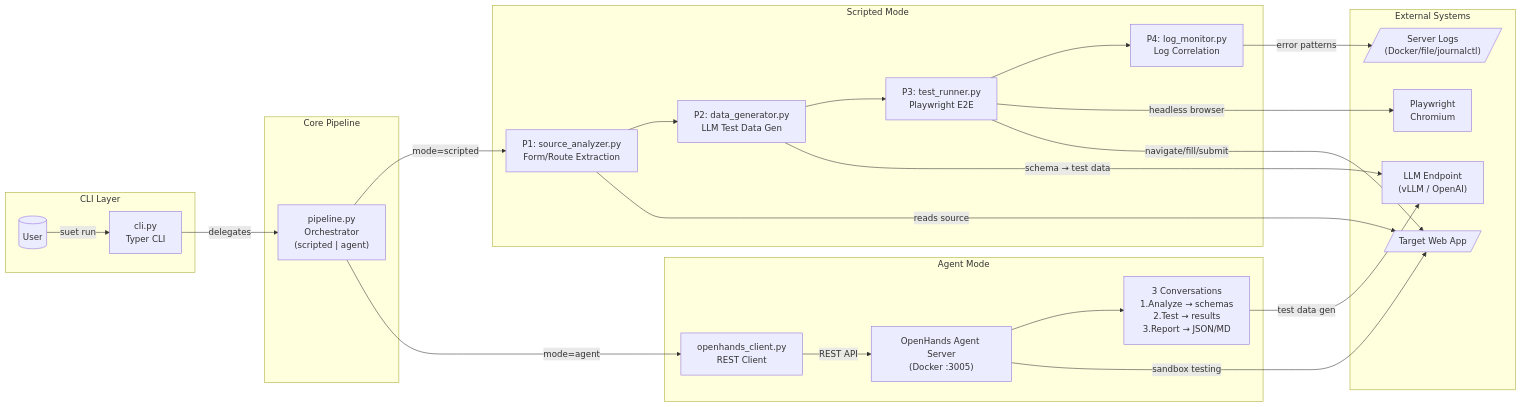
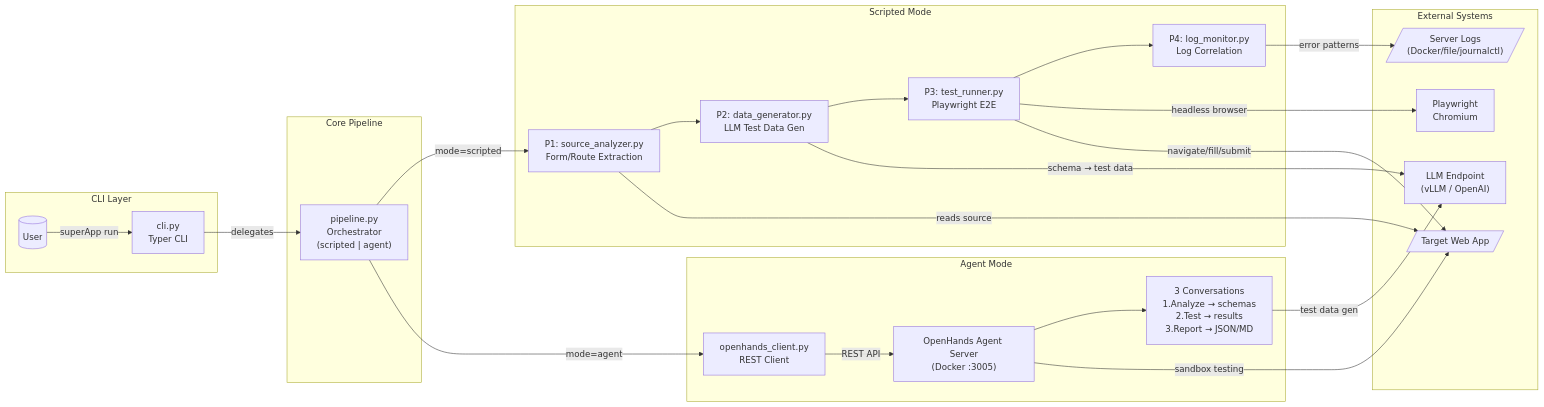
The diagram in README.md (terrygzhou/super-eval-test), drawn with Mermaid before and after one commit. The commit also changed other lines of this file and 14 other files, not shown here.

````diff
--- a/README.md
+++ b/README.md
@@ -56,52 +56,52 @@
 ```mermaid
 graph LR
     subgraph CLI["CLI Layer"]
         USER[("User")]
         CLI_CLI["cli.py\nTyper CLI"]
     end
 
     subgraph CORE["Core Pipeline"]
         PIPE["pipeline.py\nOrchestrator\n(scripted | agent)"]
     end
 
     subgraph SCRIPTED["Scripted Mode"]
         P1["P1: source_analyzer.py\nForm/Route Extraction"]
         P2["P2: data_generator.py\nLLM Test Data Gen"]
         P3["P3: test_runner.py\nPlaywright E2E"]
         P4["P4: log_monitor.py\nLog Correlation"]
     end
 
     subgraph AGENT["Agent Mode"]
         OH_CLI["openhands_client.py\nREST Client"]
         OH_SRV["OpenHands Agent Server\n(Docker :3005)"]
         CONV["3 Conversations\n1.Analyze → schemas\n2.Test → results\n3.Report → JSON/MD"]
     end
 
     subgraph EXT["External Systems"]
         LLM["LLM Endpoint\n(vLLM / OpenAI)"]
         BROWSER["Playwright\nChromium"]
         TARGET[/"Target Web App"/]
         LOGS[/"Server Logs\n(Docker/file/journalctl)"/]
     end
 
-    USER -->|"suet run"| CLI_CLI
+    USER -->|"superApp run"| CLI_CLI
     CLI_CLI -->|"delegates"| PIPE
 
     PIPE -->|"mode=scripted"| P1
     P1 --> P2
     P2 --> P3
     P3 --> P4
 
     PIPE -->|"mode=agent"| OH_CLI
     OH_CLI -->|"REST API"| OH_SRV
     OH_SRV --> CONV
 
     P1 -->|"reads source"| TARGET
     P2 -->|"schema → test data"| LLM
     P3 -->|"headless browser"| BROWSER
     P3 -->|"navigate/fill/submit"| TARGET
     P4 -->|"error patterns"| LOGS
 
     OH_SRV -->|"sandbox testing"| TARGET
     CONV -->|"test data gen"| LLM
 ```
````
